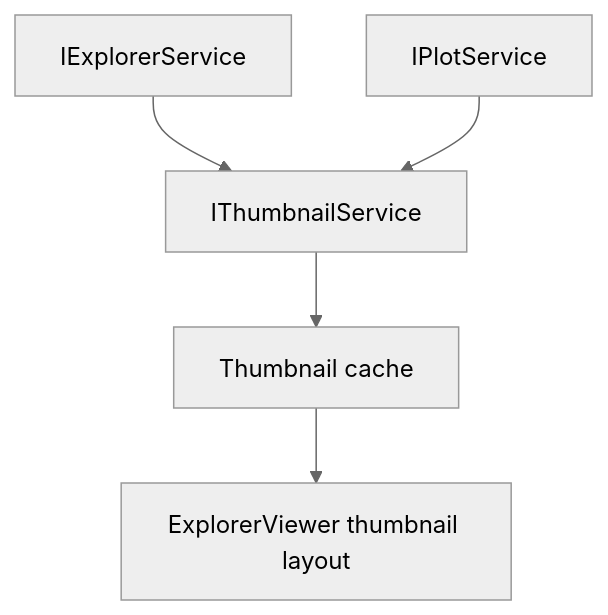
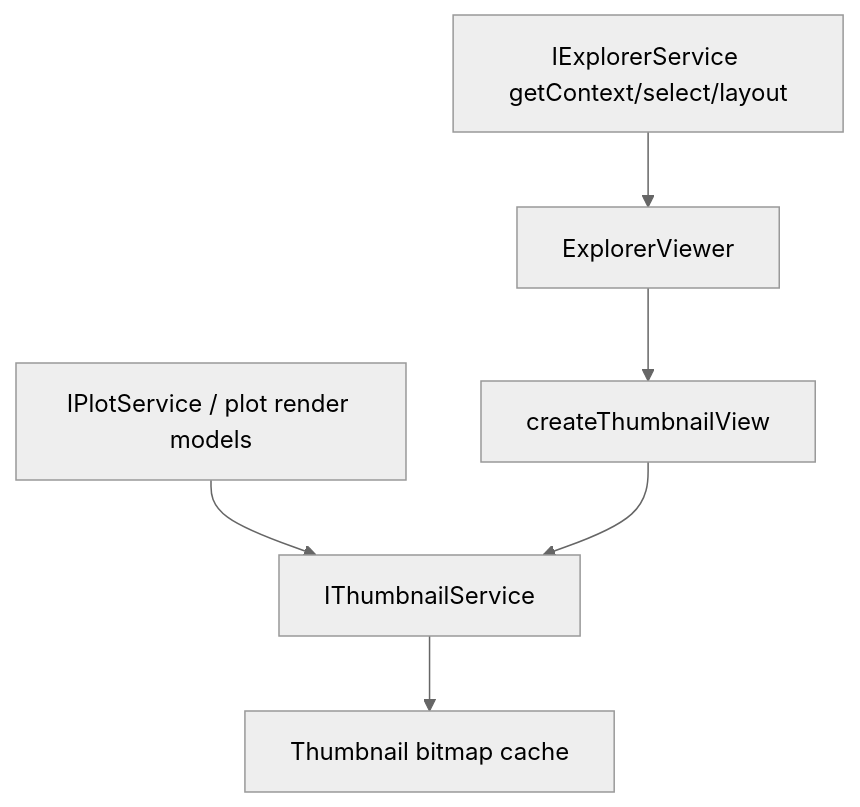
Before and after one commit to chogng/conductor: the first of 6 diagrams in .github/instructions/thumbnail.instructions.md, drawn with Mermaid (neutral theme). The commit also changed other lines of this file and 24 other files, not shown here.

````diff
--- a/.github/instructions/thumbnail.instructions.md
+++ b/.github/instructions/thumbnail.instructions.md
@@ -47,7 +71,8 @@
 ```mermaid
 flowchart TD
-    Explorer[IExplorerService] --> Thumbnail[IThumbnailService]
-    Plot[IPlotService] --> Thumbnail
-    Thumbnail --> Cache[Thumbnail cache]
-    Cache --> ExplorerViewer[ExplorerViewer thumbnail layout]
+    ExplorerService[IExplorerService getContext/select/layout] --> ExplorerViewer[ExplorerViewer]
+    Plot[IPlotService / plot render models] --> ThumbnailService[IThumbnailService]
+    ExplorerViewer --> ThumbnailView[createThumbnailView]
+    ThumbnailView --> ThumbnailService
+    ThumbnailService --> Cache[Thumbnail bitmap cache]
 ```
````
